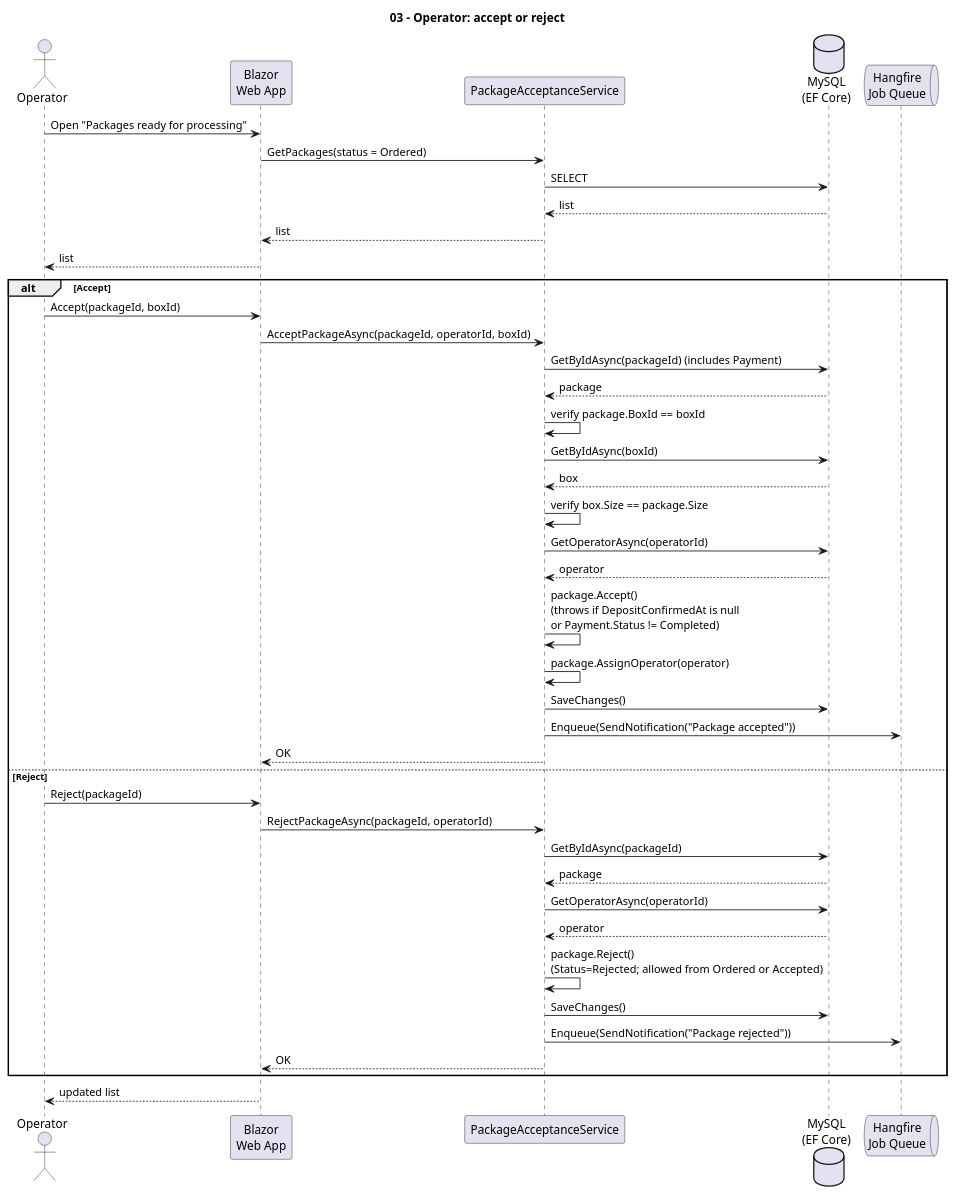
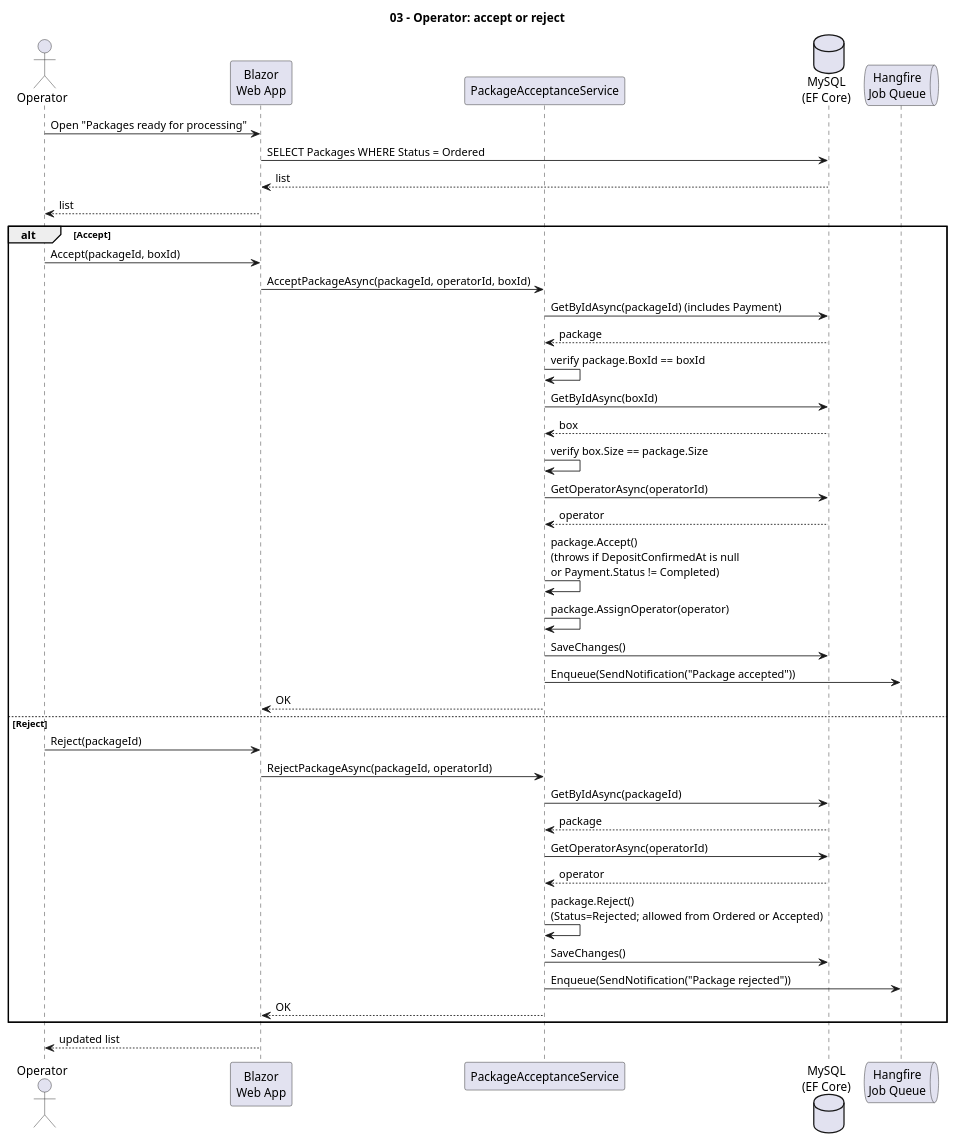
Before and after one commit to AGH-ISI-projects/package-management: the third of 6 diagrams in krzycha/docs/nowe/sekwencje/sequence-diagrams.puml, drawn with PlantUML. The commit also changed other lines of this file and 15 other files, not shown here.

First line of the commit message:
Aktualizacja diagramów i dokumentacji w docs/nowe do stanu kodu

```diff
--- a/krzycha/docs/nowe/sekwencje/sequence-diagrams.puml
+++ b/krzycha/docs/nowe/sekwencje/sequence-diagrams.puml
@@ -130,49 +155,47 @@
 @startuml 03-operator-accept-reject
 title 03 - Operator: accept or reject
 
 actor Operator
 participant "Blazor\nWeb App" as Web
 participant "PackageAcceptanceService" as AcceptSvc
 database "MySQL\n(EF Core)" as DB
 queue "Hangfire\nJob Queue" as Hangfire
 
 Operator -> Web: Open "Packages ready for processing"
-Web -> AcceptSvc: GetPackages(status = Ordered)
-AcceptSvc -> DB: SELECT
-DB --> AcceptSvc: list
-AcceptSvc --> Web: list
+Web -> DB: SELECT Packages WHERE Status = Ordered
+DB --> Web: list
 Web --> Operator: list
 
 alt Accept
     Operator -> Web: Accept(packageId, boxId)
     Web -> AcceptSvc: AcceptPackageAsync(packageId, operatorId, boxId)
     AcceptSvc -> DB: GetByIdAsync(packageId) (includes Payment)
     DB --> AcceptSvc: package
     AcceptSvc -> AcceptSvc: verify package.BoxId == boxId
     AcceptSvc -> DB: GetByIdAsync(boxId)
     DB --> AcceptSvc: box
     AcceptSvc -> AcceptSvc: verify box.Size == package.Size
     AcceptSvc -> DB: GetOperatorAsync(operatorId)
     DB --> AcceptSvc: operator
 
     AcceptSvc -> AcceptSvc: package.Accept()\n(throws if DepositConfirmedAt is null\nor Payment.Status != Completed)
     AcceptSvc -> AcceptSvc: package.AssignOperator(operator)
     AcceptSvc -> DB: SaveChanges()
     AcceptSvc -> Hangfire: Enqueue(SendNotification("Package accepted"))
     AcceptSvc --> Web: OK
 else Reject
     Operator -> Web: Reject(packageId)
     Web -> AcceptSvc: RejectPackageAsync(packageId, operatorId)
     AcceptSvc -> DB: GetByIdAsync(packageId)
     DB --> AcceptSvc: package
     AcceptSvc -> DB: GetOperatorAsync(operatorId)
     DB --> AcceptSvc: operator
     AcceptSvc -> AcceptSvc: package.Reject()\n(Status=Rejected; allowed from Ordered or Accepted)
     AcceptSvc -> DB: SaveChanges()
     AcceptSvc -> Hangfire: Enqueue(SendNotification("Package rejected"))
     AcceptSvc --> Web: OK
 end
 
 Web --> Operator: updated list
 
 @enduml
```
